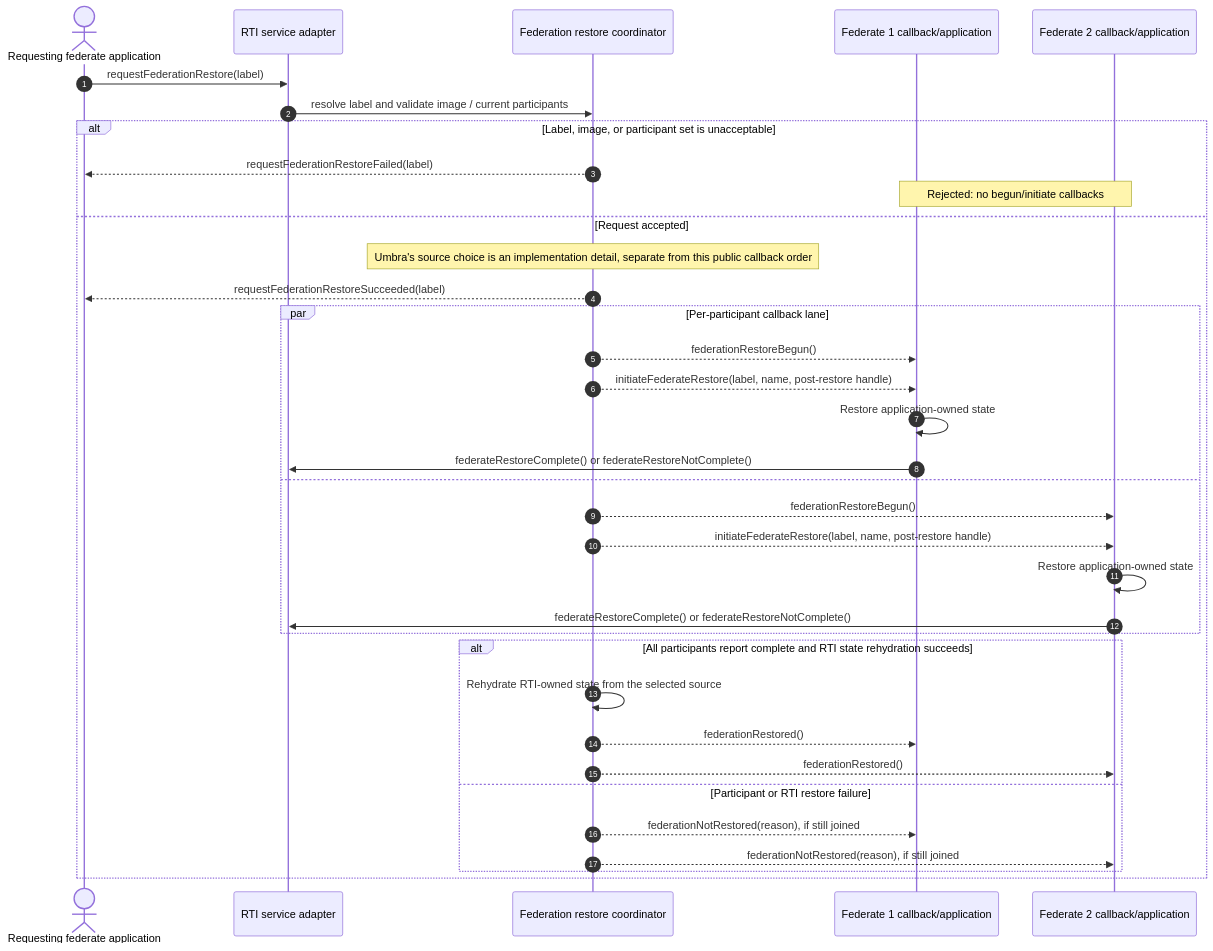
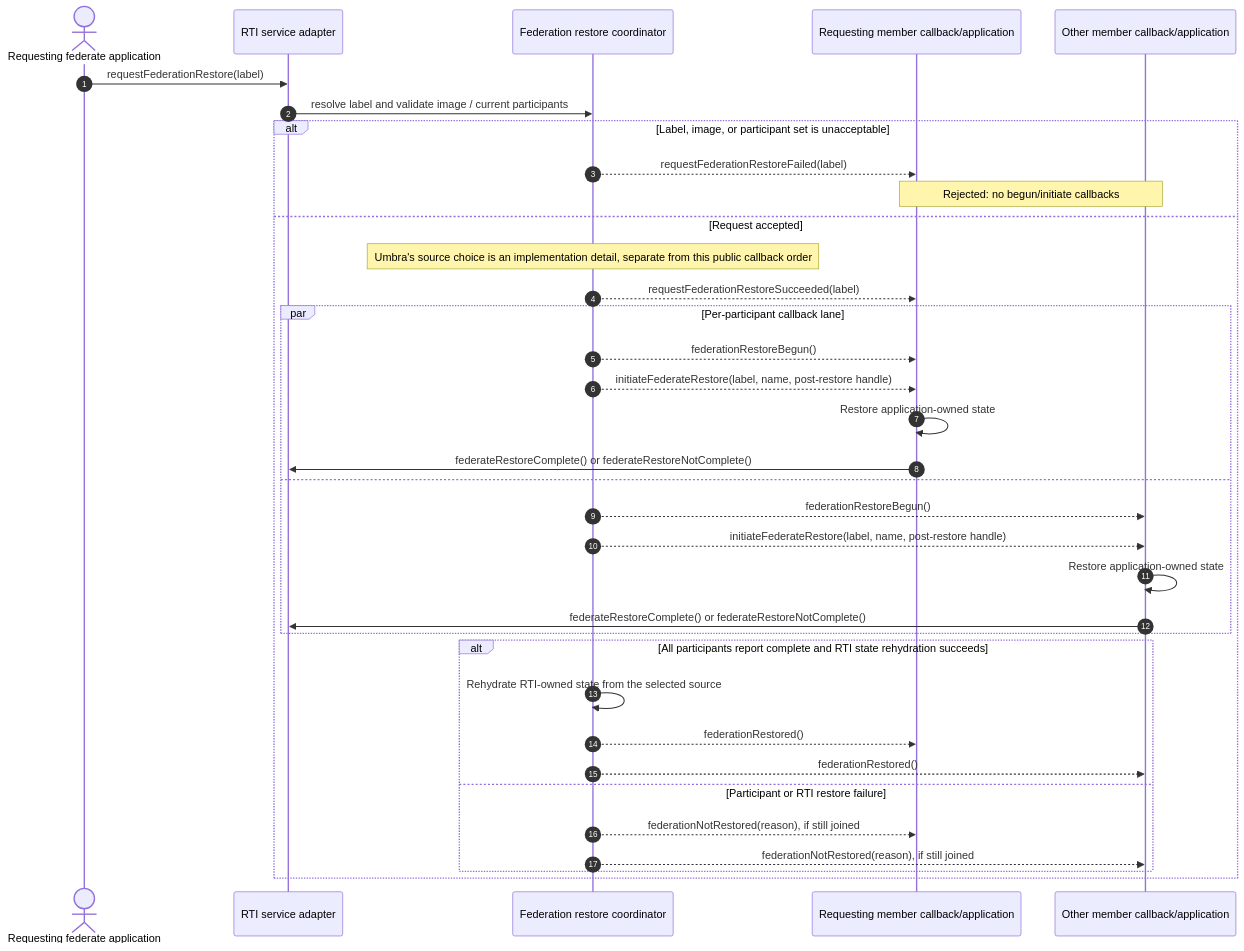
Diagram 14 of 42 in docs/design/HLA-2025-FEDERATION-SAVE-RESTORE-FLOW-GUIDE.md (sheepfling/umbra), drawn with Mermaid before and after one commit. The commit also changed other lines of this file and 36 other files, not shown here.

````diff
--- a/docs/design/HLA-2025-FEDERATION-SAVE-RESTORE-FLOW-GUIDE.md
+++ b/docs/design/HLA-2025-FEDERATION-SAVE-RESTORE-FLOW-GUIDE.md
@@ -841,38 +1055,38 @@
 ```mermaid
 sequenceDiagram
   autonumber
   actor App as Requesting federate application
   participant RTI as RTI service adapter
   participant Coord as Federation restore coordinator
-  participant P1 as Federate 1 callback/application
-  participant P2 as Federate 2 callback/application
+  participant P1 as Requesting member callback/application
+  participant P2 as Other member callback/application
 
   App->>RTI: requestFederationRestore(label)
   RTI->>Coord: resolve label and validate image / current participants
   alt Label, image, or participant set is unacceptable
-    Coord-->>App: requestFederationRestoreFailed(label)
+    Coord-->>P1: requestFederationRestoreFailed(label)
     Note over P1,P2: Rejected: no begun/initiate callbacks
   else Request accepted
     Note over Coord: Umbra's source choice is an implementation detail, separate from this public callback order
-    Coord-->>App: requestFederationRestoreSucceeded(label)
+    Coord-->>P1: requestFederationRestoreSucceeded(label)
     par Per-participant callback lane
       Coord-->>P1: federationRestoreBegun()
       Coord-->>P1: initiateFederateRestore(label, name, post-restore handle)
       P1->>P1: Restore application-owned state
       P1->>RTI: federateRestoreComplete() or federateRestoreNotComplete()
     and
       Coord-->>P2: federationRestoreBegun()
       Coord-->>P2: initiateFederateRestore(label, name, post-restore handle)
       P2->>P2: Restore application-owned state
       P2->>RTI: federateRestoreComplete() or federateRestoreNotComplete()
     end
     alt All participants report complete and RTI state rehydration succeeds
       Coord->>Coord: Rehydrate RTI-owned state from the selected source
       Coord-->>P1: federationRestored()
       Coord-->>P2: federationRestored()
     else Participant or RTI restore failure
       Coord-->>P1: federationNotRestored(reason), if still joined
       Coord-->>P2: federationNotRestored(reason), if still joined
     end
   end
 ```
````
